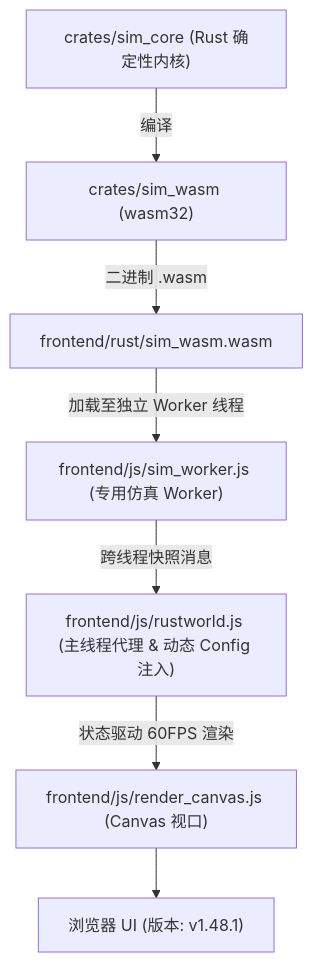
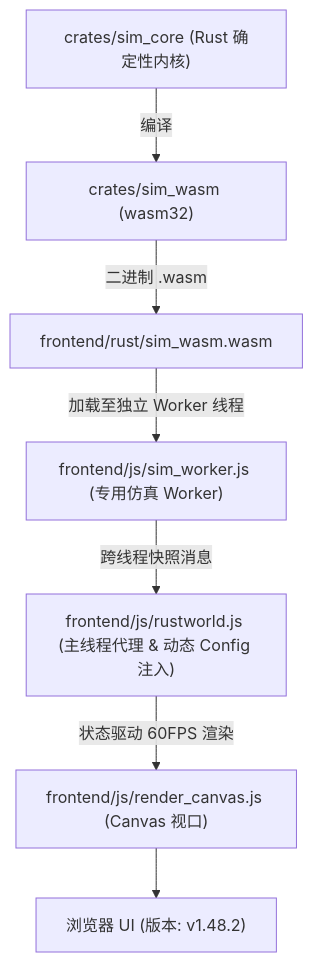
One commit to g39088902/FlowAndAccord changed the diagram in AGENTS.md. Above: the diagram before and after it, drawn with Mermaid. The commit also changed other lines of this file and 17 other files, not shown here.

````diff
--- a/AGENTS.md
+++ b/AGENTS.md
@@ -61,9 +61,9 @@
 ```mermaid
 graph TD
     A["crates/sim_core (Rust 确定性内核)"] -->|编译| B["crates/sim_wasm (wasm32)"]
     B -->|二进制 .wasm| C["frontend/rust/sim_wasm.wasm"]
     C -->|加载至独立 Worker 线程| D["frontend/js/sim_worker.js (专用仿真 Worker)"]
     D -->|跨线程快照消息| E["frontend/js/rustworld.js (主线程代理 & 动态 Config 注入)"]
     E -->|状态驱动 60FPS 渲染| F["frontend/js/render_canvas.js (Canvas 视口)"]
-    F --> G["浏览器 UI (版本: v1.48.1)"]
+    F --> G["浏览器 UI (版本: v1.48.2)"]
 ```
````
